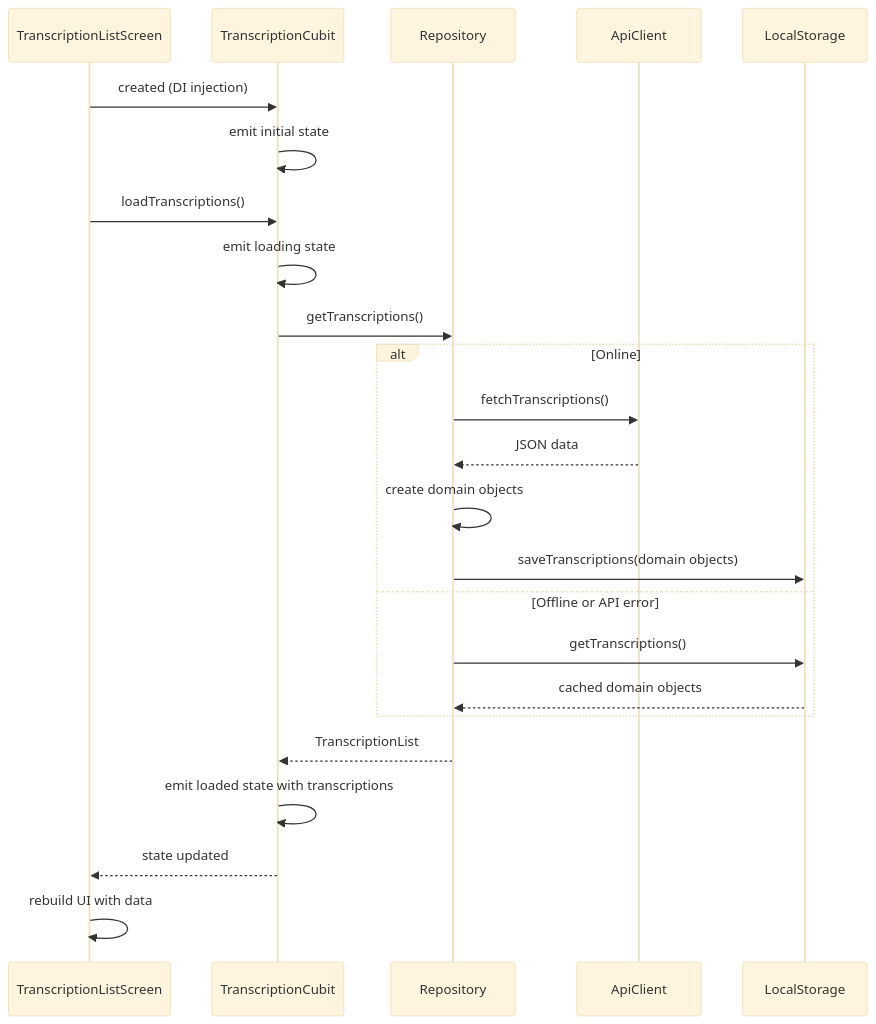
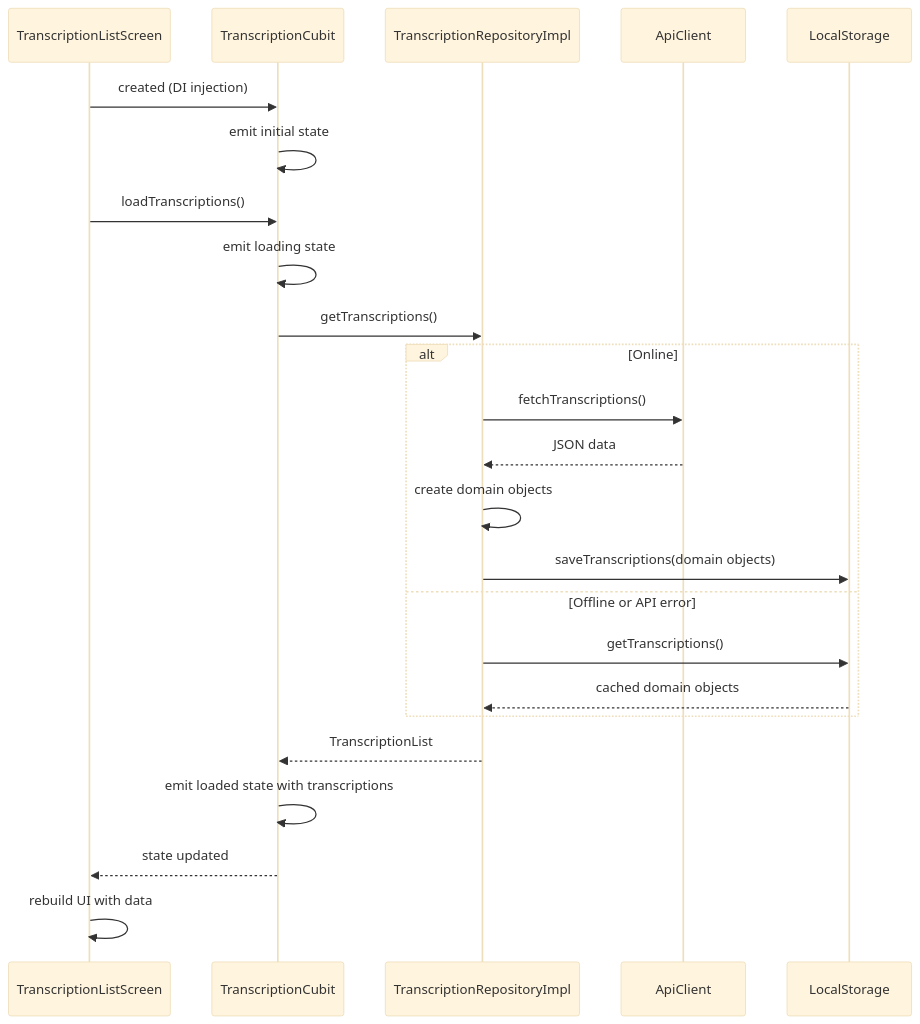
Before and after one commit to MediScribe/docjet-mobile: the sixth of 9 diagrams in docs/new_architecture.md, drawn with Mermaid (base theme). The commit also changed other lines of this file and 1 other file, not shown here.

Commit message:
updated current and new architecture docs

````diff
--- a/docs/new_architecture.md
+++ b/docs/new_architecture.md
@@ -236,29 +367,29 @@
 ```mermaid
 sequenceDiagram
     participant Screen as TranscriptionListScreen
     participant Cubit as TranscriptionCubit
-    participant Repo as Repository
+    participant Repo as TranscriptionRepositoryImpl
     participant API as ApiClient
     participant DB as LocalStorage
     
     Screen->>Cubit: created (DI injection)
     Cubit->>Cubit: emit initial state
     Screen->>Cubit: loadTranscriptions()
     Cubit->>Cubit: emit loading state
     Cubit->>Repo: getTranscriptions()
     
     alt Online
         Repo->>API: fetchTranscriptions()
         API-->>Repo: JSON data
         Repo->>Repo: create domain objects
         Repo->>DB: saveTranscriptions(domain objects)
     else Offline or API error
         Repo->>DB: getTranscriptions()
         DB-->>Repo: cached domain objects
     end
     
     Repo-->>Cubit: TranscriptionList
     Cubit->>Cubit: emit loaded state with transcriptions
     Cubit-->>Screen: state updated
     Screen->>Screen: rebuild UI with data
 ```
````
